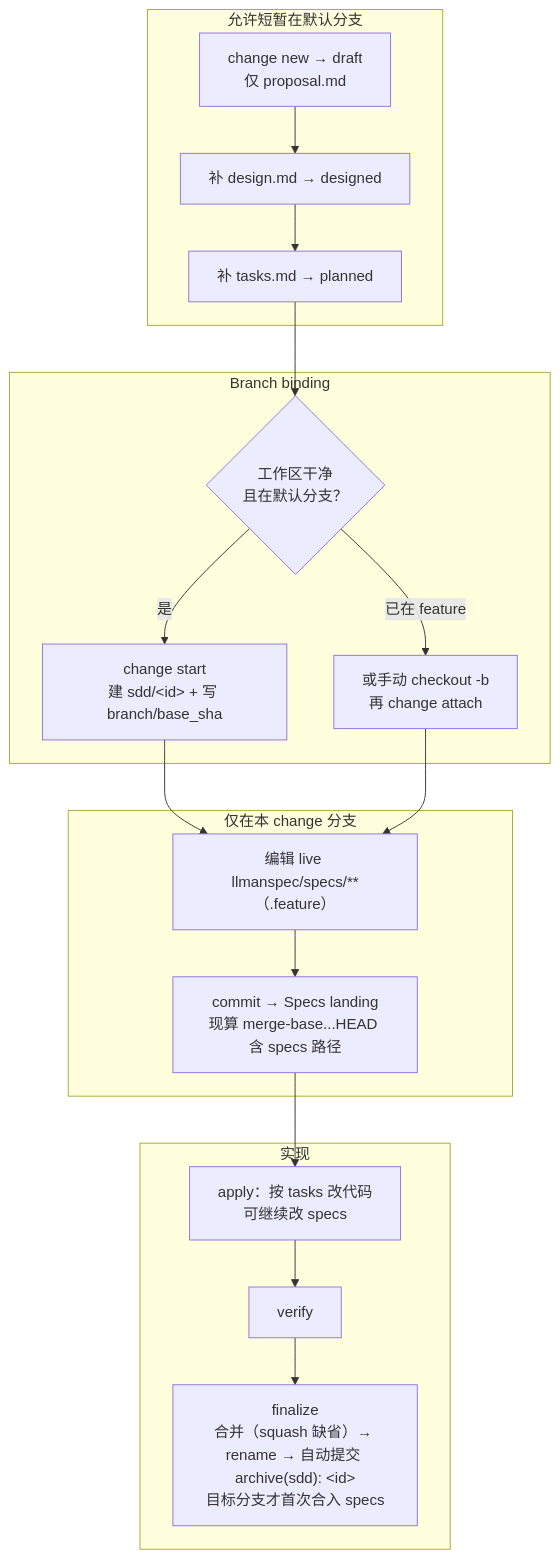
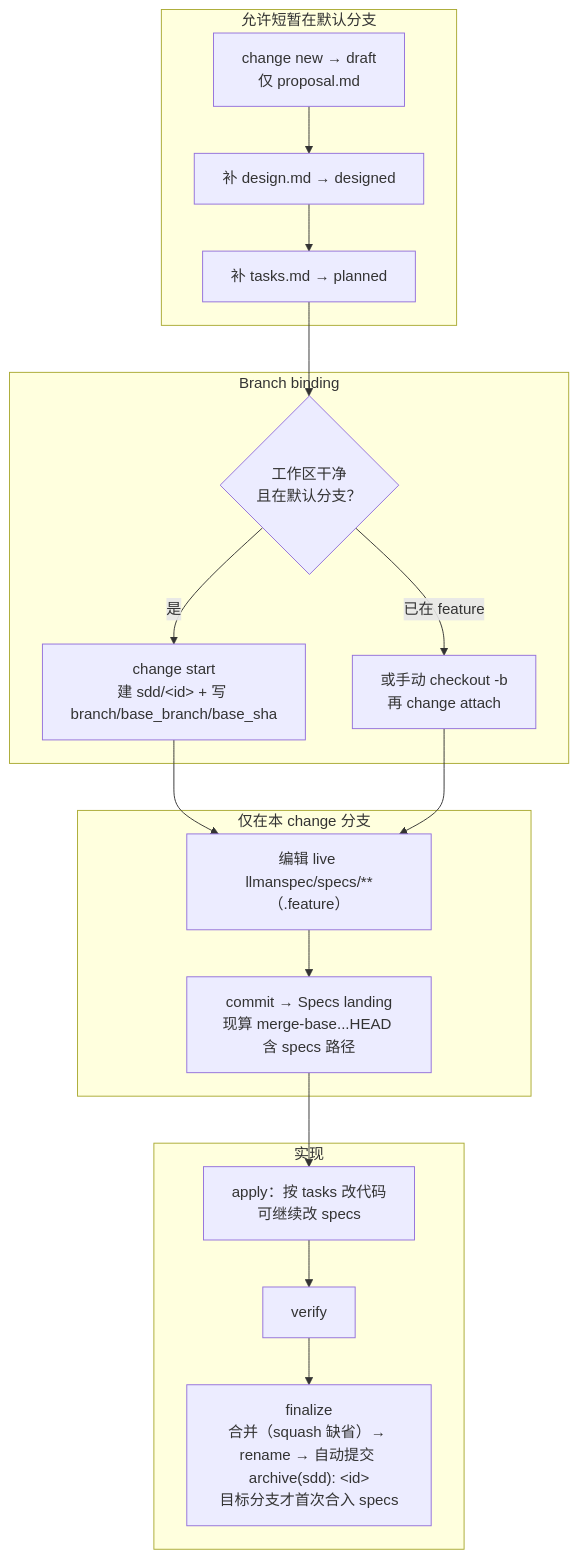
Before and after one commit to StrayDragon/llman: the first of 2 diagrams in .agents/skills/llman-sdd-propose/SKILL.md, drawn with Mermaid. The commit also changed 15 other files, not shown here.

````diff
--- a/.agents/skills/llman-sdd-propose/SKILL.md
+++ b/.agents/skills/llman-sdd-propose/SKILL.md
@@ -18,30 +18,30 @@
 ```mermaid
 flowchart TB
   subgraph main_ok["允许短暂在默认分支"]
     A["change new → draft<br/>仅 proposal.md"]
     B1["补 design.md → designed"]
     B2["补 tasks.md → planned"]
   end
 
   subgraph gate_start["Branch binding"]
     C{"工作区干净<br/>且在默认分支？"}
-    D["change start<br/>建 sdd/&lt;id&gt; + 写 branch/base_sha"]
+    D["change start<br/>建 sdd/&lt;id&gt; + 写 branch/base_branch/base_sha"]
     E["或手动 checkout -b<br/>再 change attach"]
   end
 
   subgraph specs_only["仅在本 change 分支"]
     F["编辑 live llmanspec/specs/**（.feature）"]
     G["commit → Specs landing<br/>现算 merge-base...HEAD 含 specs 路径"]
   end
 
   subgraph implement["实现"]
     H["apply：按 tasks 改代码<br/>可继续改 specs"]
     I["verify"]
     J["finalize<br/>合并（squash 缺省）→ rename → 自动提交 archive(sdd): &lt;id&gt;<br/>目标分支才首次合入 specs"]
   end
 
   A --> B1 --> B2 --> C
   C -->|是| D --> F
   C -->|已在 feature| E --> F
   F --> G --> H --> I --> J
 ```
````
